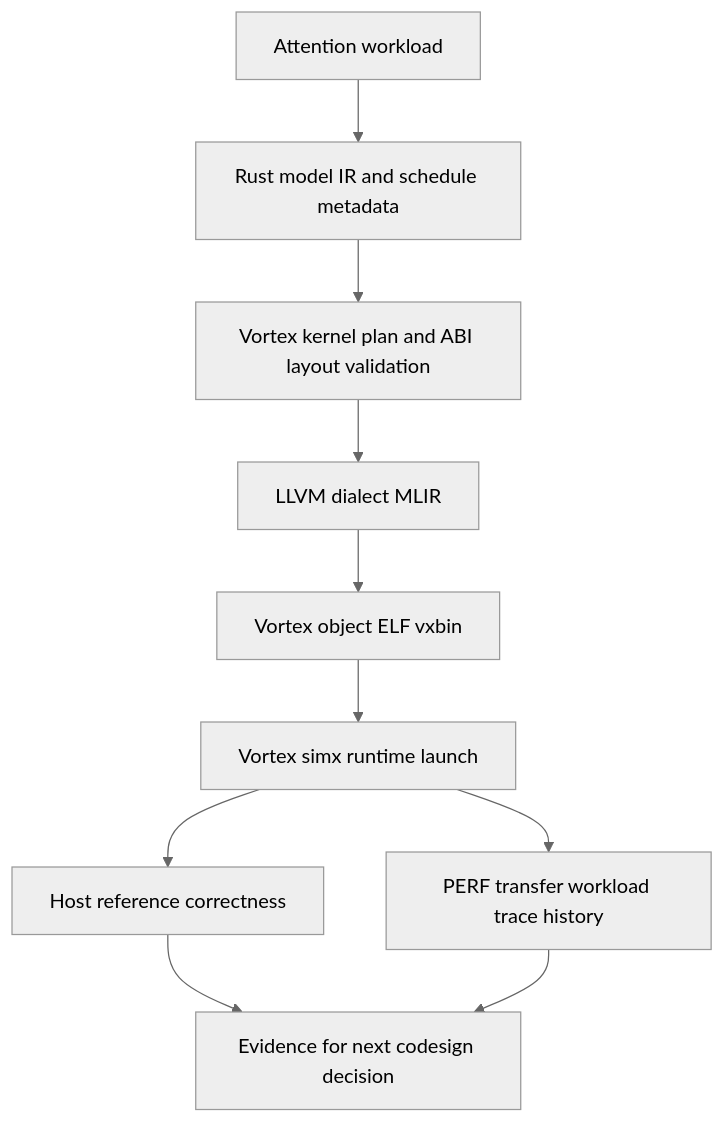
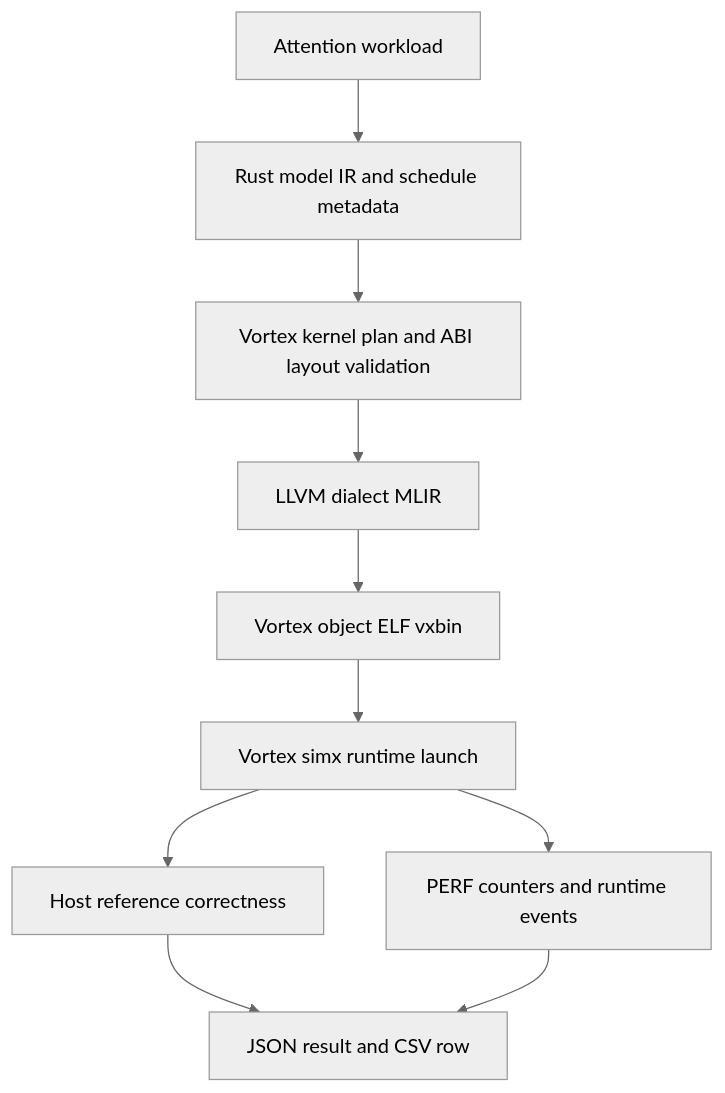
One commit to devillove084/Mandrel changed the second of 6 diagrams in docs/llm-serving-kv-attention-survey.md. Above: the diagram before and after it, drawn with Mermaid (neutral theme). The commit also changed other lines of this file and 74 other files, not shown here.

````diff
--- a/docs/llm-serving-kv-attention-survey.md
+++ b/docs/llm-serving-kv-attention-survey.md
@@ -200,12 +200,12 @@
 ```mermaid
 flowchart TD
     A[Attention workload] --> B[Rust model IR and schedule metadata]
     B --> C[Vortex kernel plan and ABI layout validation]
     C --> D[LLVM dialect MLIR]
     D --> E[Vortex object ELF vxbin]
     E --> F[Vortex simx runtime launch]
     F --> G[Host reference correctness]
-    F --> H[PERF transfer workload trace history]
-    G --> I[Evidence for next codesign decision]
+    F --> H[PERF counters and runtime events]
+    G --> I[JSON result and CSV row]
     H --> I
 ```
````
